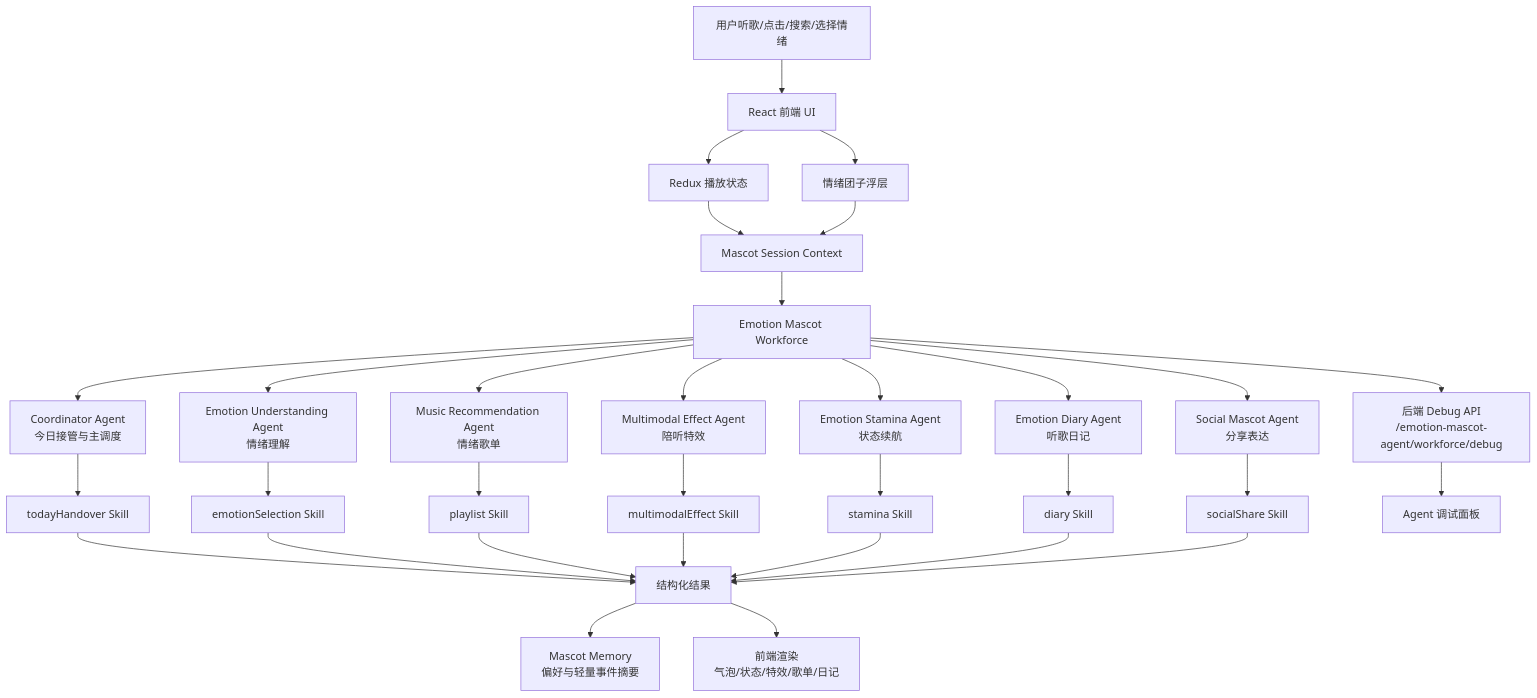
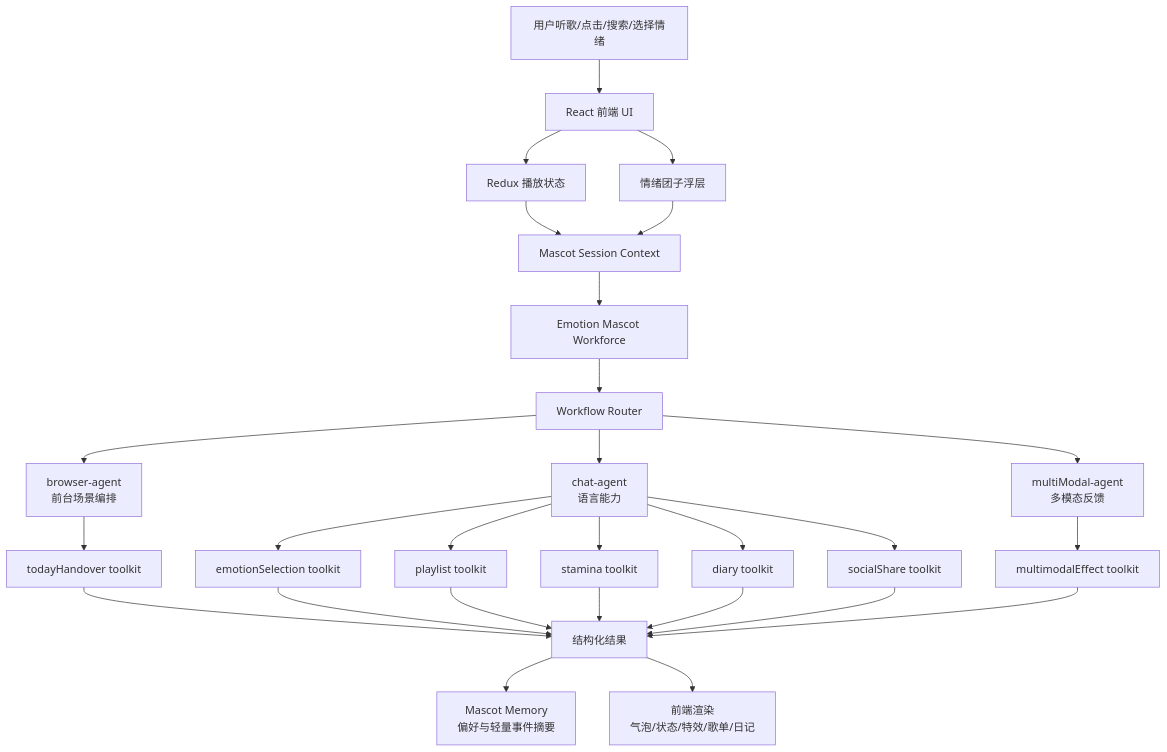
The diagram in README.md (Miracle-Shen/lyriks), drawn with Mermaid before and after one commit. The commit also changed other lines of this file and 51 other files, not shown here.

Commit message:
feat(emotion-mascot): 实现完整情绪团子功能，包含后端与前端Agent系统

````diff
--- a/README.md
+++ b/README.md
@@ -103,38 +95,33 @@
 ```mermaid
 flowchart TD
   User["用户听歌/点击/搜索/选择情绪"] --> UI["React 前端 UI"]
   UI --> Player["Redux 播放状态"]
   UI --> Mascot["情绪团子浮层"]
   Player --> Context["Mascot Session Context"]
   Mascot --> Context
   Context --> Workforce["Emotion Mascot Workforce"]
+  Workforce --> Workflow["Workflow Router"]
 
-  Workforce --> Coordinator["Coordinator Agent<br/>今日接管与主调度"]
-  Workforce --> Emotion["Emotion Understanding Agent<br/>情绪理解"]
-  Workforce --> Music["Music Recommendation Agent<br/>情绪歌单"]
-  Workforce --> Multimodal["Multimodal Effect Agent<br/>陪听特效"]
-  Workforce --> Stamina["Emotion Stamina Agent<br/>状态续航"]
-  Workforce --> Diary["Emotion Diary Agent<br/>听歌日记"]
-  Workforce --> Social["Social Mascot Agent<br/>分享表达"]
+  Workflow --> BrowserAgent["browser-agent<br/>前台场景编排"]
+  Workflow --> ChatAgent["chat-agent<br/>语言能力"]
+  Workflow --> MultiModalAgent["multiModal-agent<br/>多模态反馈"]
 
-  Coordinator --> TodaySkill["todayHandover Skill"]
-  Emotion --> EmotionSkill["emotionSelection Skill"]
-  Music --> PlaylistSkill["playlist Skill"]
-  Multimodal --> EffectSkill["multimodalEffect Skill"]
-  Stamina --> StaminaSkill["stamina Skill"]
-  Diary --> DiarySkill["diary Skill"]
-  Social --> SocialSkill["socialShare Skill"]
+  BrowserAgent --> TodayToolkit["todayHandover toolkit"]
+  ChatAgent --> EmotionToolkit["emotionSelection toolkit"]
+  ChatAgent --> PlaylistToolkit["playlist toolkit"]
+  MultiModalAgent --> EffectToolkit["multimodalEffect toolkit"]
+  ChatAgent --> StaminaToolkit["stamina toolkit"]
+  ChatAgent --> DiaryToolkit["diary toolkit"]
+  ChatAgent --> SocialToolkit["socialShare toolkit"]
 
-  TodaySkill --> Result["结构化结果"]
-  EmotionSkill --> Result
-  PlaylistSkill --> Result
-  EffectSkill --> Result
-  StaminaSkill --> Result
-  DiarySkill --> Result
-  SocialSkill --> Result
+  TodayToolkit --> Result["结构化结果"]
+  EmotionToolkit --> Result
+  PlaylistToolkit --> Result
+  EffectToolkit --> Result
+  StaminaToolkit --> Result
+  DiaryToolkit --> Result
+  SocialToolkit --> Result
 
   Result --> Memory["Mascot Memory<br/>偏好与轻量事件摘要"]
   Result --> Render["前端渲染<br/>气泡/状态/特效/歌单/日记"]
-  Workforce --> DebugAPI["后端 Debug API<br/>/emotion-mascot-agent/workforce/debug"]
-  DebugAPI --> DebugPanel["Agent 调试面板"]
 ```
````
